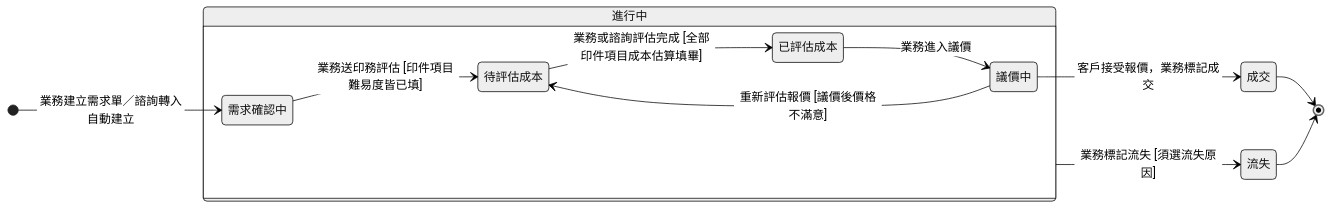
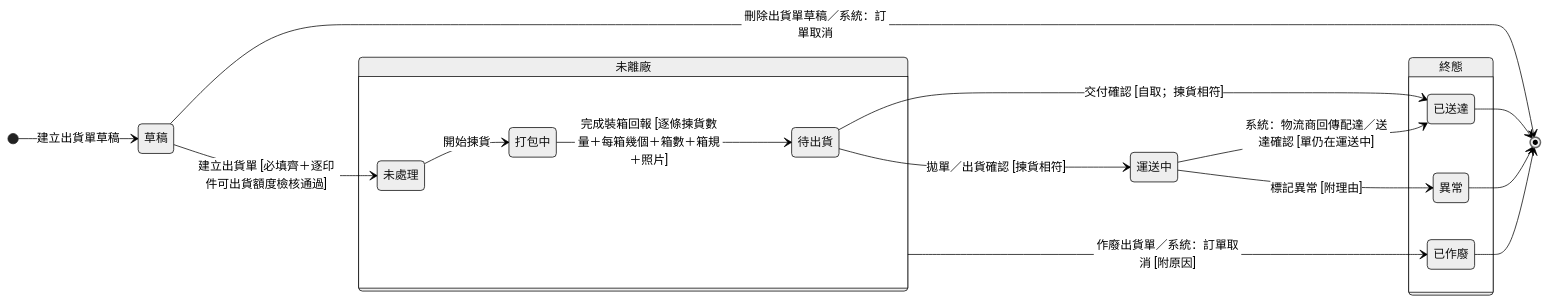
The diagram in memory/Sens_wiki/wiki/erp/06-state-machines/範例 - 狀態機.md (Kawato-Miles/erp-spec), drawn with Mermaid (neutral theme) before and after one commit. The commit also changed other lines of this file and 22 other files, not shown here.

````diff
--- a/memory/Sens_wiki/wiki/erp/06-state-machines/範例 - 狀態機.md
+++ b/memory/Sens_wiki/wiki/erp/06-state-machines/範例 - 狀態機.md
@@ -58,27 +62,38 @@
 ```mermaid
 stateDiagram-v2
     direction LR
 
-    [*] --> s_confirm : 業務建立需求單／諮詢轉入自動建立
+    state "草稿" as s_draft
 
-    state "進行中" as InProgress {
+    [*] --> s_draft : 建立出貨單草稿
+
+    state "未離廠" as OnSite {
         direction LR
-        state "需求確認中" as s_confirm
-        state "待評估成本" as s_wait
-        state "已評估成本" as s_est
-        state "議價中" as s_nego
-        s_confirm --> s_wait : 業務送印務評估 [印件項目難易度皆已填]
-        s_wait --> s_est : 業務或諮詢評估完成 [全部印件項目成本估算填畢]
-        s_est --> s_nego : 業務進入議價
-        s_nego --> s_wait : 重新評估報價 [議價後價格不滿意]
+        state "未處理" as s_pending
+        state "打包中" as s_packing
+        state "待出貨" as s_packed
+        s_pending --> s_packing : 開始揀貨
+        s_packing --> s_packed : 完成裝箱回報 [逐條揀貨數量＋每箱幾個＋箱數＋箱規＋照片]
     }
 
-    state "成交" as s_won
-    state "流失" as s_lost
+    state "運送中" as s_shipping
 
-    s_nego --> s_won : 客戶接受報價，業務標記成交
-    InProgress --> s_lost : 業務標記流失 [須選流失原因]
+    state "終態" as Final {
+        direction LR
+        state "已送達" as s_arrived
+        state "異常" as s_failed
+        state "已作廢" as s_void
+    }
 
-    s_won --> [*]
-    s_lost --> [*]
+    s_draft --> s_pending : 建立出貨單 [必填齊＋逐印件可出貨額度檢核通過]
+    s_draft --> [*] : 刪除出貨單草稿／系統：訂單取消
+    s_packed --> s_shipping : 拋單／出貨確認 [揀貨相符]
+    s_packed --> s_arrived : 交付確認 [自取；揀貨相符]
+    s_shipping --> s_arrived : 系統：物流商回傳配達／送達確認 [單仍在運送中]
+    s_shipping --> s_failed : 標記異常 [附理由]
+    OnSite --> s_void : 作廢出貨單／系統：訂單取消 [附原因]
+
+    s_arrived --> [*]
+    s_failed --> [*]
+    s_void --> [*]
 ```
````
